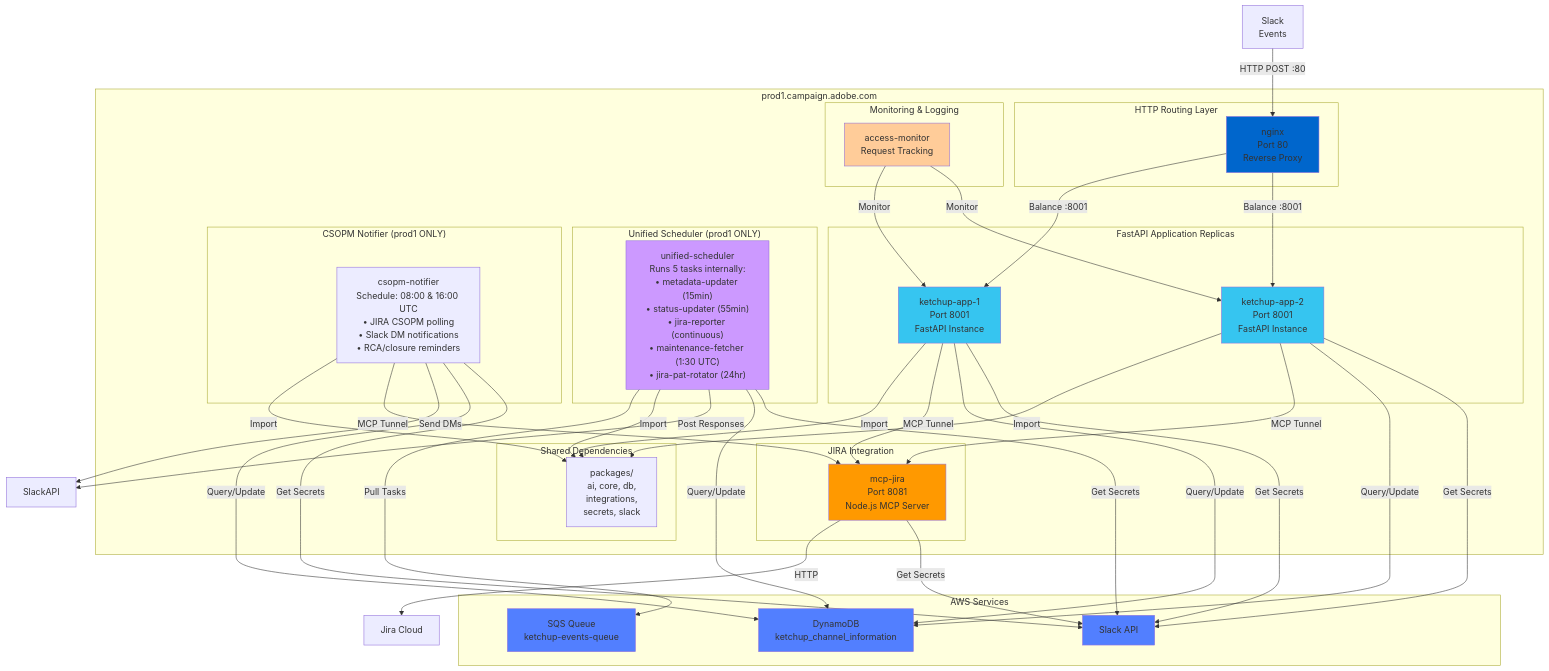
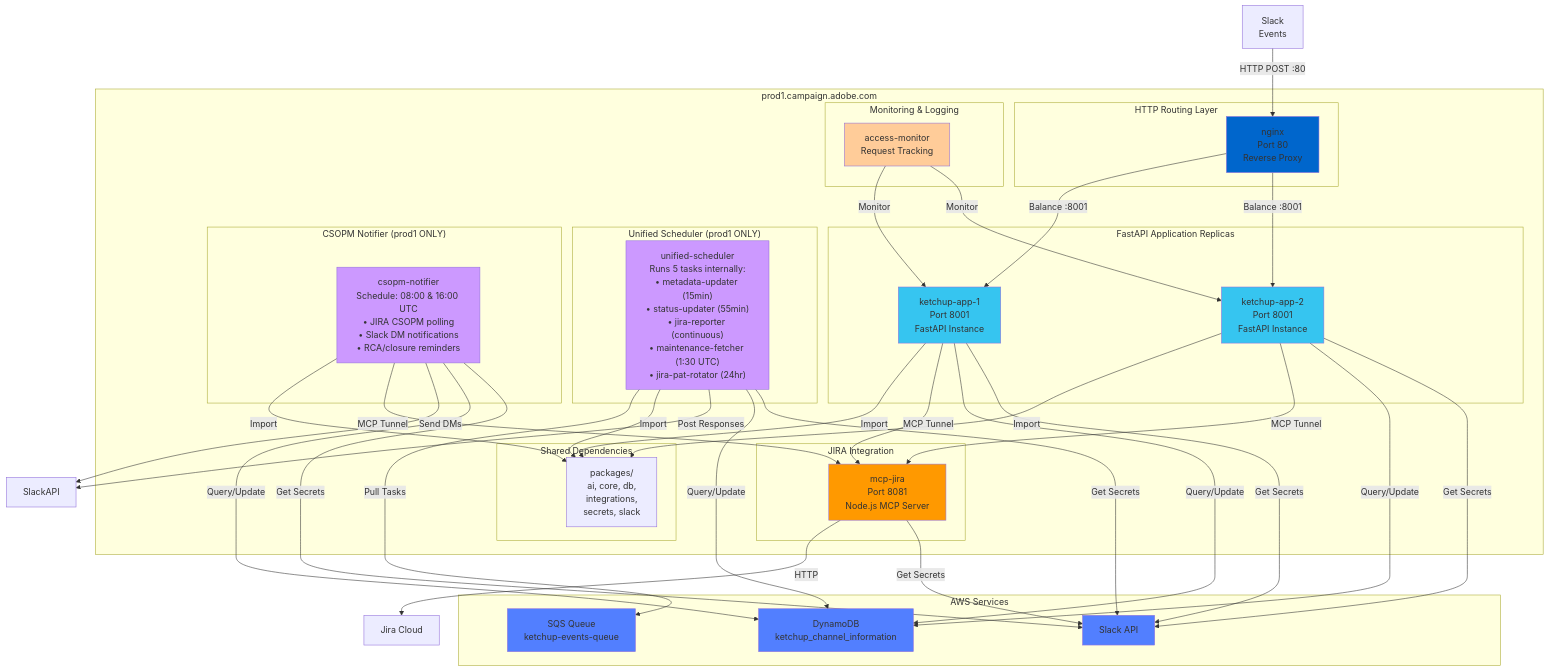
One commit to blueman82/mcp-exec changed the first of 5 diagrams in projects/ketchup/docs/diagrams/5-container-topology.md. Above: the diagram before and after it, drawn with Mermaid.

Commit message:
Update documentation: 5-container-topology.md via Edit [2026-01-22 11:29]

```diff
--- a/projects/ketchup/docs/diagrams/5-container-topology.md
+++ b/projects/ketchup/docs/diagrams/5-container-topology.md
@@ -82,6 +82,7 @@
     style App2 fill:#36c5f0
     style MCP fill:#ff9900
     style UnifiedScheduler fill:#cc99ff
+    style CSOPMNotifier fill:#cc99ff
     style AccessMonitor fill:#ffcc99
     style DDB fill:#527fff
     style Secrets fill:#527fff
```
